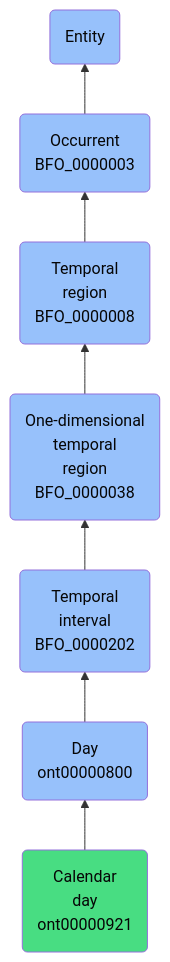
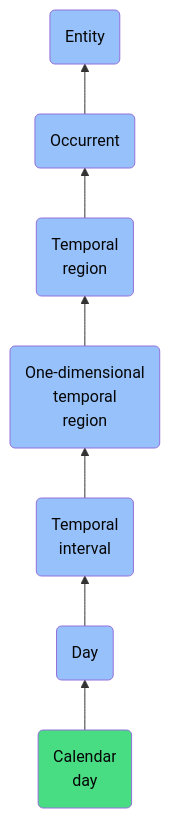
The diagram in docs/ontology/reference/model/Entity/Occurrent/Temporal region/One-dimensional temporal region/Temporal interval/Day/Calendar day/Calendar day.md (jupyter-naas/abi), drawn with Mermaid before and after one commit. The commit also changed other lines of this file and 1430 other files, not shown here.

````diff
--- a/docs/ontology/reference/model/Entity/Occurrent/Temporal region/One-dimensional temporal region/Temporal interval/Day/Calendar day/Calendar day.md
+++ b/docs/ontology/reference/model/Entity/Occurrent/Temporal region/One-dimensional temporal region/Temporal interval/Day/Calendar day/Calendar day.md
@@ -24,14 +24,14 @@
 ```mermaid
 graph BT
-    ont00000921(Calendar<br>day<br>ont00000921):::ABI-->ont00000800
-    ont00000800(Day<br>ont00000800):::BFO-->BFO_0000202
-    BFO_0000202(Temporal<br>interval<br>BFO_0000202):::BFO-->BFO_0000038
-    BFO_0000038(One-dimensional<br>temporal<br>region<br>BFO_0000038):::BFO-->BFO_0000008
-    BFO_0000008(Temporal<br>region<br>BFO_0000008):::BFO-->BFO_0000003
-    BFO_0000003(Occurrent<br>BFO_0000003):::BFO-->BFO_0000001
+    ont00000921(Calendar<br>day):::ABI-->ont00000800
+    ont00000800(Day):::BFO-->BFO_0000202
+    BFO_0000202(Temporal<br>interval):::BFO-->BFO_0000038
+    BFO_0000038(One-dimensional<br>temporal<br>region):::BFO-->BFO_0000008
+    BFO_0000008(Temporal<br>region):::BFO-->BFO_0000003
+    BFO_0000003(Occurrent):::BFO-->BFO_0000001
     BFO_0000001(Entity):::BFO
     
     classDef BFO fill:#97c1fb,color:#060606
     classDef CCO fill:#e4c51e,color:#060606
     classDef ABI fill:#48DD82,color:#060606
 ```
````
